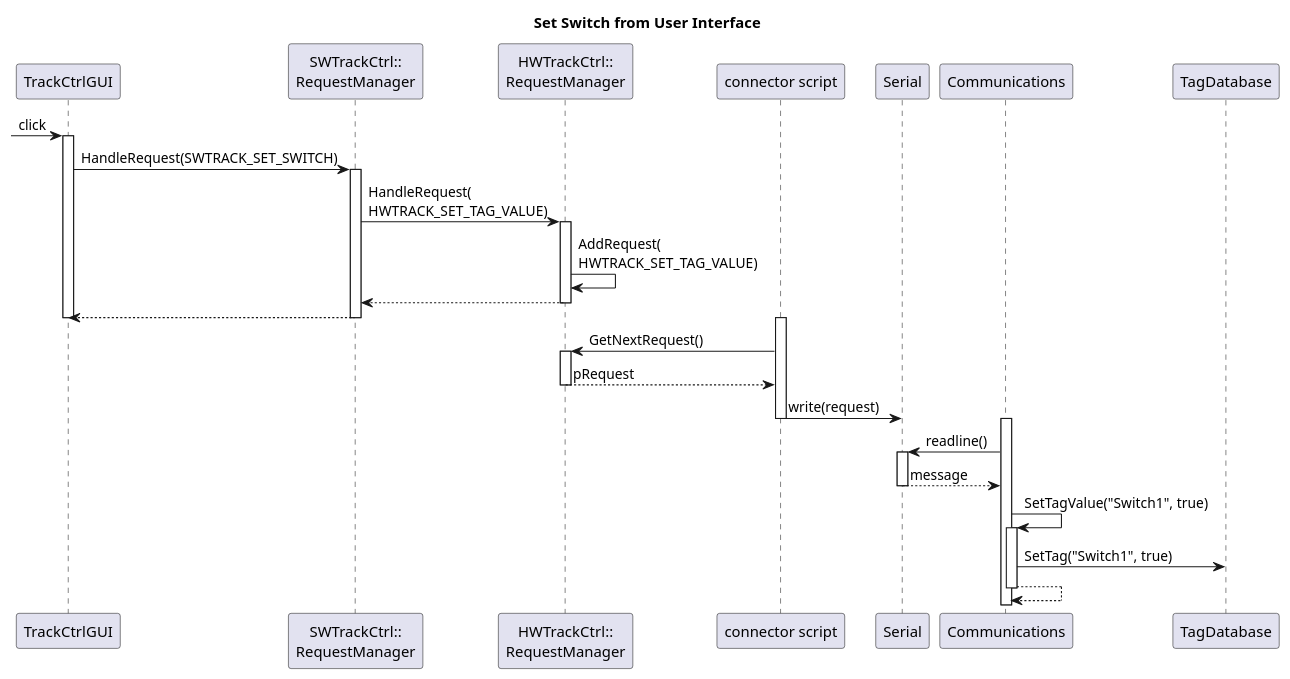
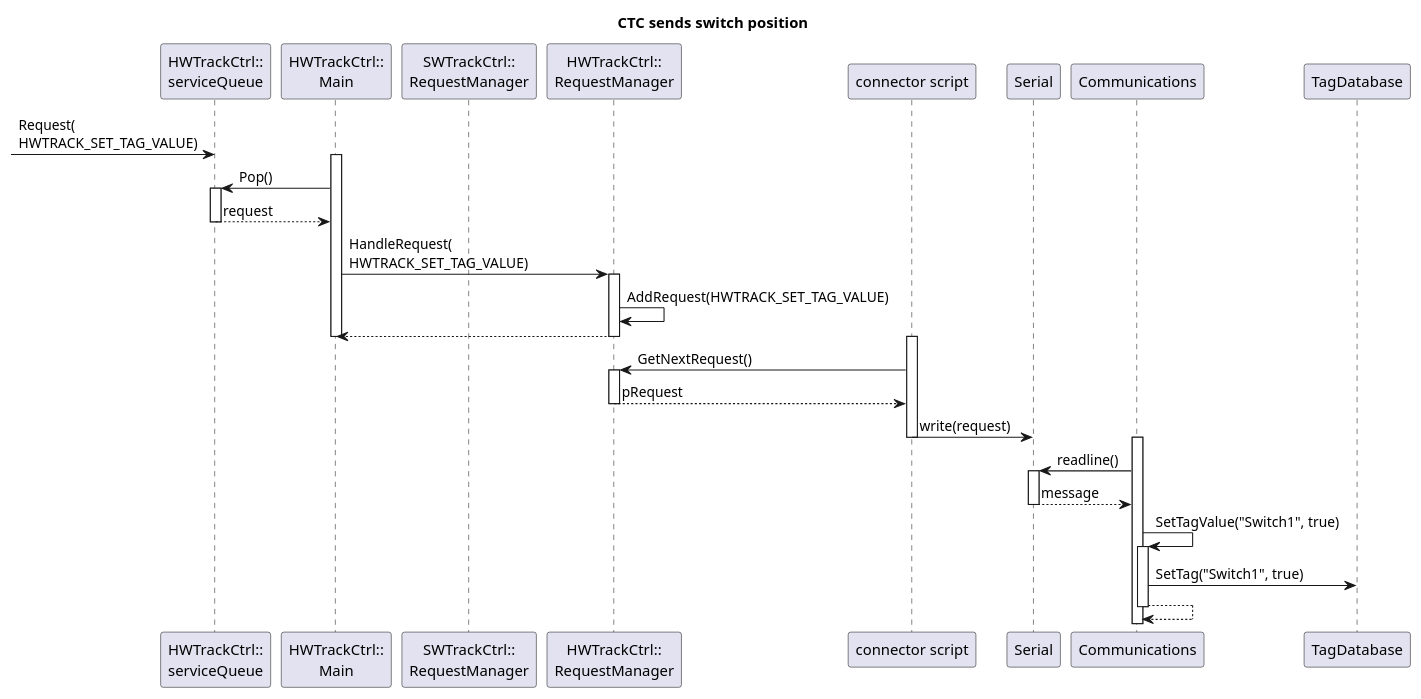
One commit to aet37/ECE1140-Project changed the fourth of 5 diagrams in docs/hw_track_controller_hld.md. Above: the diagram before and after it, drawn with PlantUML. The commit also changed other lines of this file and 2 other files, not shown here.

````diff
--- a/docs/hw_track_controller_hld.md
+++ b/docs/hw_track_controller_hld.md
@@ -204,33 +204,35 @@
 ```plantuml
 @startuml
 
-title Set Switch from User Interface
-participant TrackCtrlGUI as gui
+title CTC sends switch position
+participant "HWTrackCtrl::\nserviceQueue" as hwtcsq
+participant "HWTrackCtrl::\nMain" as hwtcmain
 participant "SWTrackCtrl::\nRequestManager" as swtcrm
 participant "HWTrackCtrl::\nRequestManager" as hwtcrm
 participant "connector script" as cs
 participant Serial
 participant Communications as comms
 participant TagDatabase as td
 
-[-> gui ++ : click
-gui -> swtcrm ++ : HandleRequest(SWTRACK_SET_SWITCH)
-swtcrm -> hwtcrm ++ : HandleRequest(\nHWTRACK_SET_TAG_VALUE)
-hwtcrm -> hwtcrm : AddRequest(\nHWTRACK_SET_TAG_VALUE)
+[-> hwtcsq : Request(\nHWTRACK_SET_TAG_VALUE)
+activate hwtcmain
+hwtcmain -> hwtcsq ++ : Pop()
+return request
+hwtcmain -> hwtcrm ++ : HandleRequest(\nHWTRACK_SET_TAG_VALUE)
+hwtcrm -> hwtcrm : AddRequest(HWTRACK_SET_TAG_VALUE)
 return
-return
-deactivate gui
+deactivate hwtcmain
 
 activate cs
 cs -> hwtcrm ++ : GetNextRequest()
 return pRequest
 cs -> Serial -- : write(request)
 activate comms
 comms -> Serial ++ : readline()
 return message
 comms -> comms ++ : SetTagValue("Switch1", true)
 comms -> td : SetTag("Switch1", true)
 return
 
 @enduml
 ```
````
